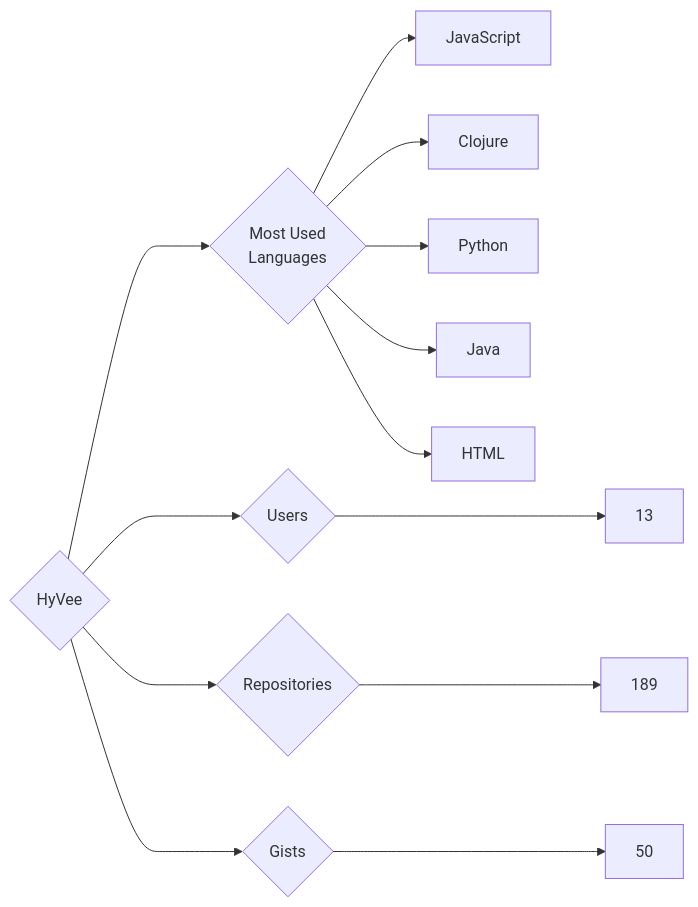
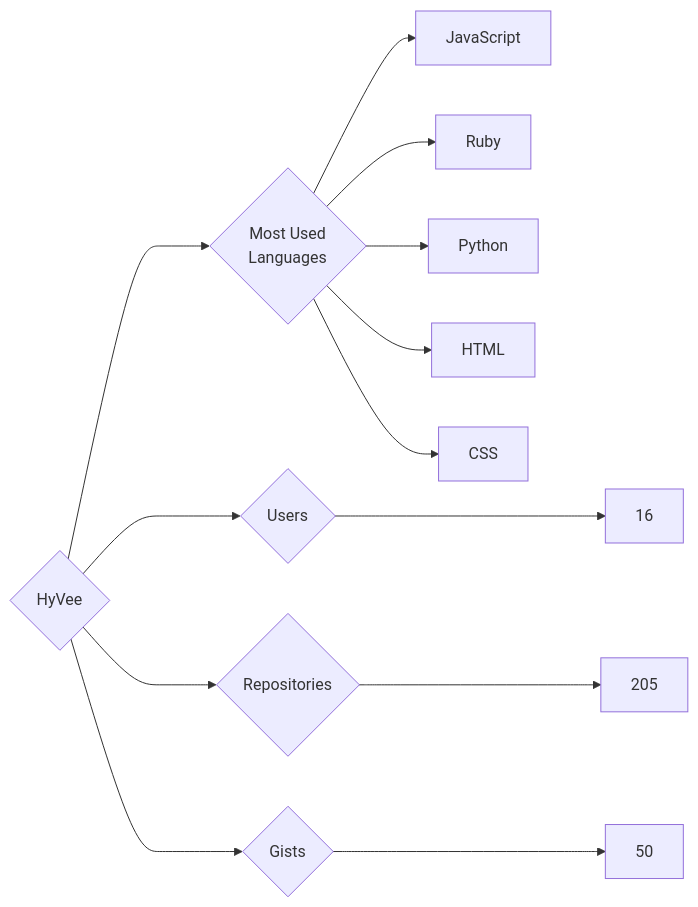
The diagram in targets/HyVee/README.md (trickest/insiders), drawn with Mermaid before and after one commit. The commit also changed 736 other files, not shown here.

````diff
--- a/targets/HyVee/README.md
+++ b/targets/HyVee/README.md
@@ -3,13 +3,13 @@
 ```mermaid
 graph LR
 COMPANY_NAME{HyVee}
-COMPANY_NAME ---> U{Users} ---> UN[13]
-COMPANY_NAME ---> R{Repositories} ---> RN[189]
+COMPANY_NAME ---> U{Users} ---> UN[16]
+COMPANY_NAME ---> R{Repositories} ---> RN[205]
 COMPANY_NAME ---> G{Gists} ---> GN[50]
 COMPANY_NAME ---> ML{Most Used<br>Languages}
 ML --> JavaScript[JavaScript]
-ML --> Clojure[Clojure]
+ML --> Ruby[Ruby]
 ML --> Python[Python]
-ML --> Java[Java]
 ML --> HTML[HTML]
+ML --> CSS[CSS]
 ```
````
